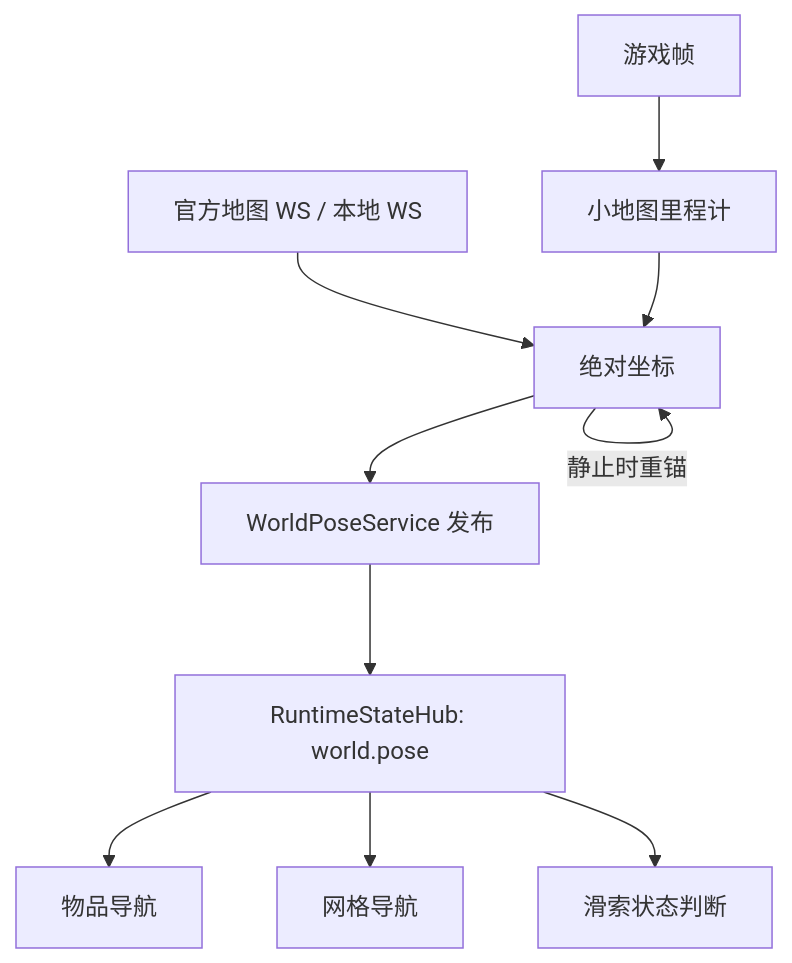
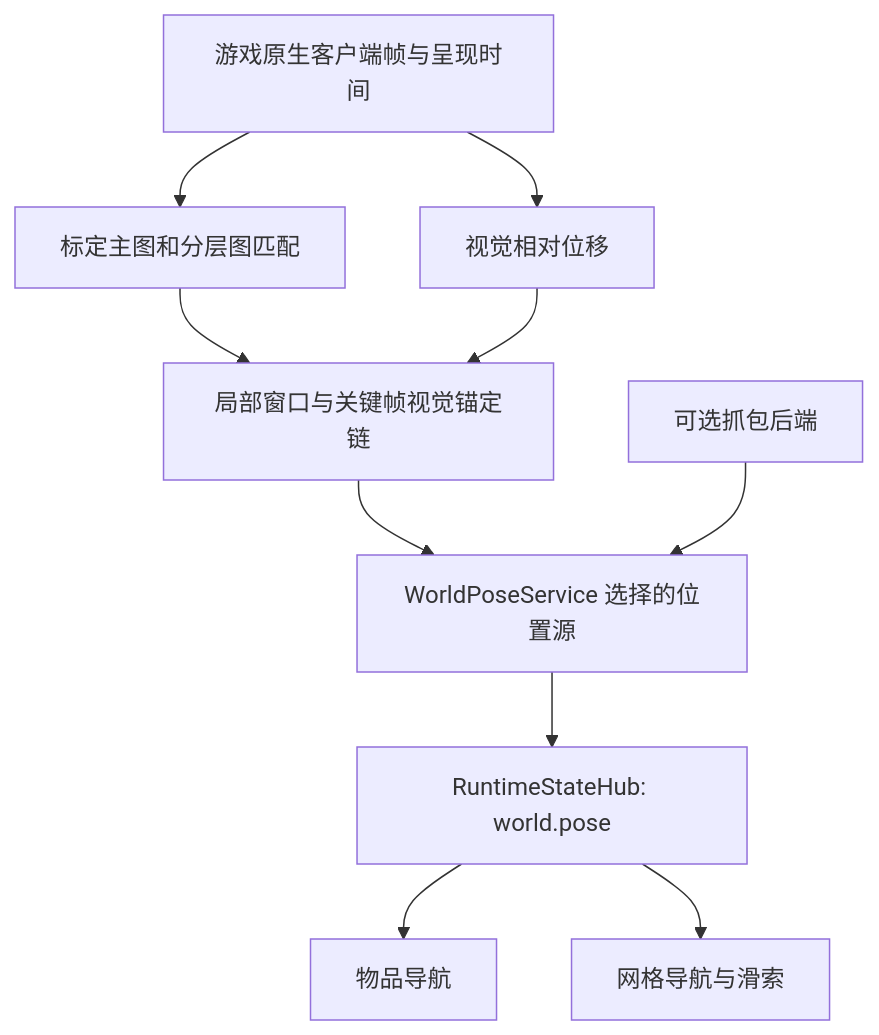
Before and after one commit to AliceJump/ok-end-field: the diagram in docs/dev/小地图定位.md, drawn with Mermaid. The commit also changed other lines of this file and 73 other files, not shown here.

````diff
--- a/docs/dev/小地图定位.md
+++ b/docs/dev/小地图定位.md
@@ -35,12 +38,12 @@
 ```mermaid
 flowchart TD
-    W[官方地图 WS / 本地 WS] --> FUS[绝对坐标]
-    F[游戏帧] --> O[小地图里程计]
-    O --> FUS
-    FUS -->|静止时重锚| FUS
-    FUS --> PUB[WorldPoseService 发布]
-    PUB --> HUB[RuntimeStateHub: world.pose]
+    FRAME[游戏原生客户端帧与呈现时间] --> MATCH[标定主图和分层图匹配]
+    FRAME --> ODOM[视觉相对位移]
+    MATCH --> CHAIN[局部窗口与关键帧视觉锚定链]
+    ODOM --> CHAIN
+    CHAIN --> SERVICE[WorldPoseService 选择的位置源]
+    PACKET[可选抓包后端] --> SERVICE
+    SERVICE --> HUB[RuntimeStateHub: world.pose]
     HUB --> ITEM[物品导航]
-    HUB --> NAV[网格导航]
-    HUB --> ZIP[滑索状态判断]
+    HUB --> NAV[网格导航与滑索]
 ```
````
